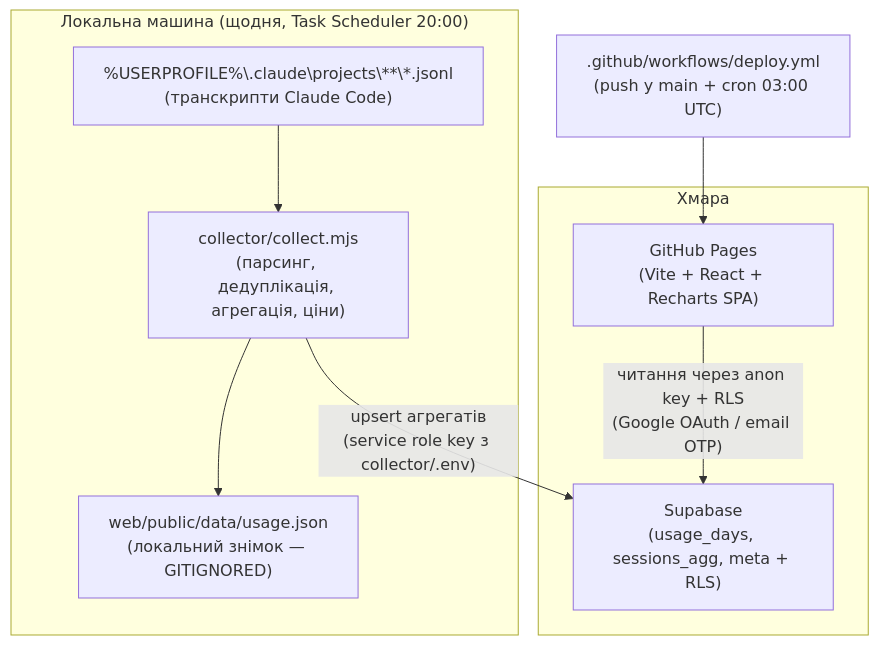
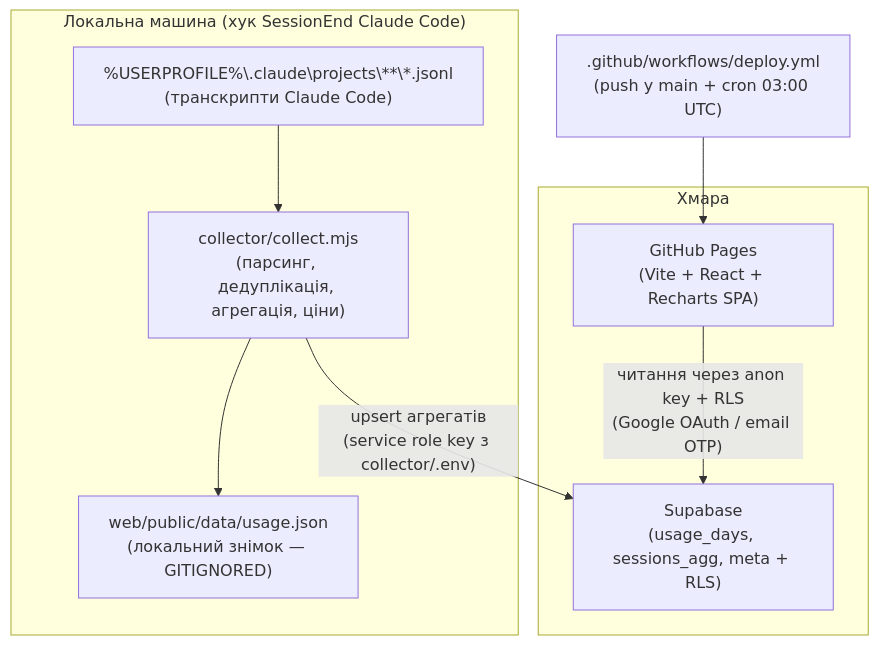
The diagram in README.md (Nevsky-BI-user/spend-lens), drawn with Mermaid before and after one commit. The commit also changed other lines of this file and 3 other files, not shown here.

First line of the commit message:
Збір даних перенесено з планувальника Windows у хук SessionEnd

````diff
--- a/README.md
+++ b/README.md
@@ -7,20 +7,20 @@
 ```mermaid
 flowchart TB
-    subgraph local["Локальна машина (щодня, Task Scheduler 20:00)"]
+    subgraph local["Локальна машина (хук SessionEnd Claude Code)"]
         jsonl["%USERPROFILE%\.claude\projects\**\*.jsonl<br/>(транскрипти Claude Code)"]
         collector["collector/collect.mjs<br/>(парсинг, дедуплікація, агрегація, ціни)"]
         snapshot["web/public/data/usage.json<br/>(локальний знімок — GITIGNORED)"]
         jsonl --> collector
         collector --> snapshot
     end
 
     subgraph cloud["Хмара"]
         supabase["Supabase<br/>(usage_days, sessions_agg, meta + RLS)"]
         pages["GitHub Pages<br/>(Vite + React + Recharts SPA)"]
     end
 
     collector -- "upsert агрегатів<br/>(service role key з collector/.env)" --> supabase
     pages -- "читання через anon key + RLS<br/>(Google OAuth / email OTP)" --> supabase
 
     gha[".github/workflows/deploy.yml<br/>(push у main + cron 03:00 UTC)"] --> pages
 ```
````
